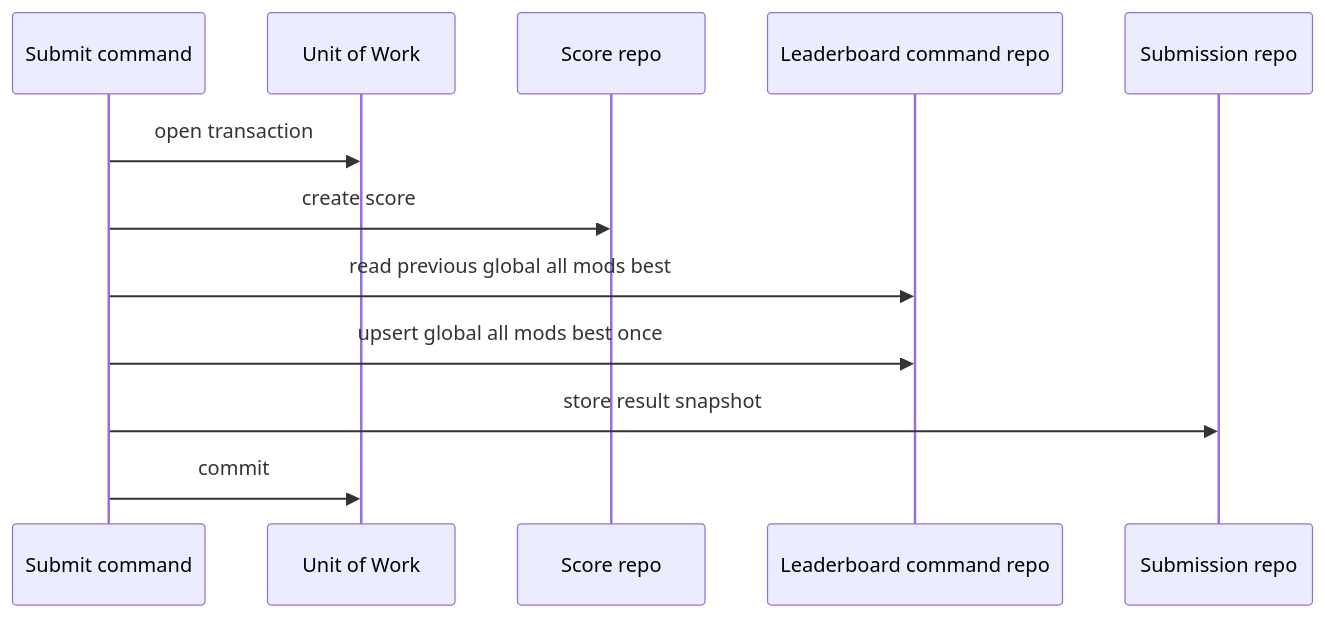
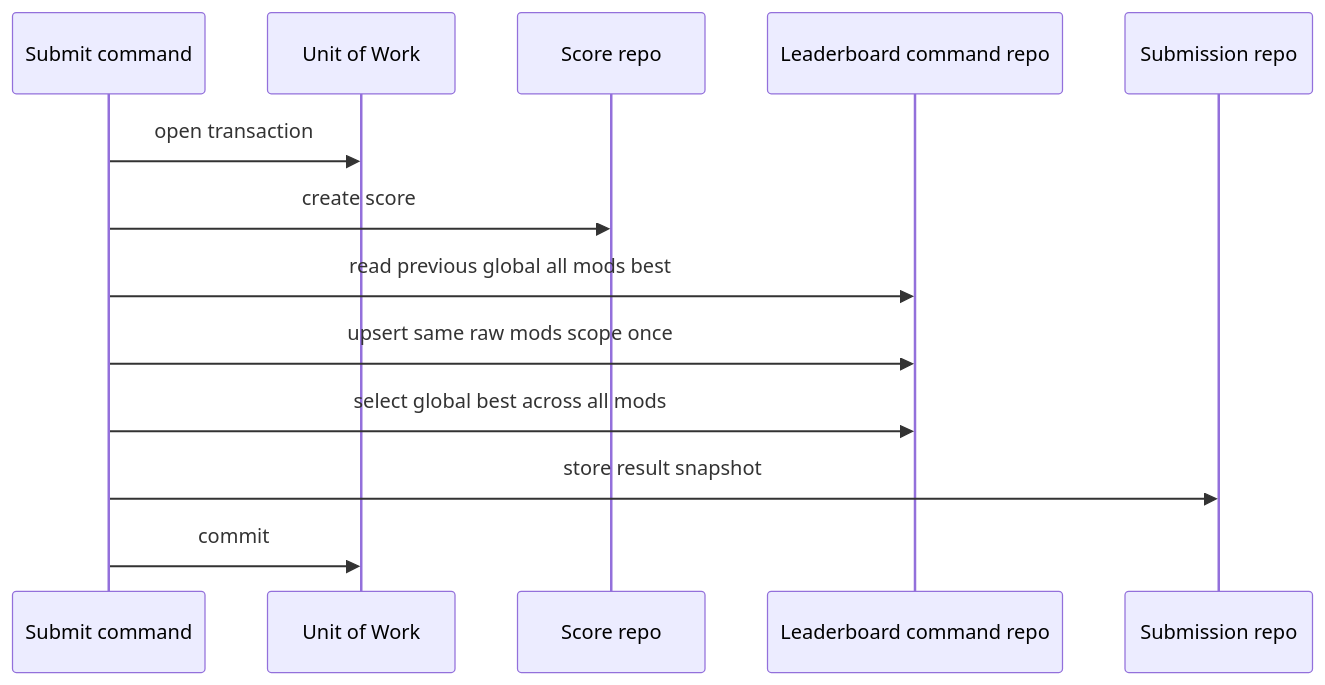
Before and after one commit to Reticulmz/athena: the third of 6 diagrams in .kiro/specs/beatmap-leaderboards/design.md, drawn with Mermaid. The commit also changed other lines of this file and 39 other files, not shown here.

````diff
--- a/.kiro/specs/beatmap-leaderboards/design.md
+++ b/.kiro/specs/beatmap-leaderboards/design.md
@@ -248,15 +248,16 @@
 ```mermaid
 sequenceDiagram
     participant Submit as Submit command
     participant Uow as Unit of Work
     participant Scores as Score repo
     participant Leaderboards as Leaderboard command repo
     participant Submissions as Submission repo
 
     Submit->>Uow: open transaction
     Submit->>Scores: create score
     Submit->>Leaderboards: read previous global all mods best
-    Submit->>Leaderboards: upsert global all mods best once
+    Submit->>Leaderboards: upsert same raw mods scope once
+    Submit->>Leaderboards: select global best across all mods
     Submit->>Submissions: store result snapshot
     Submit->>Uow: commit
 ```
````
